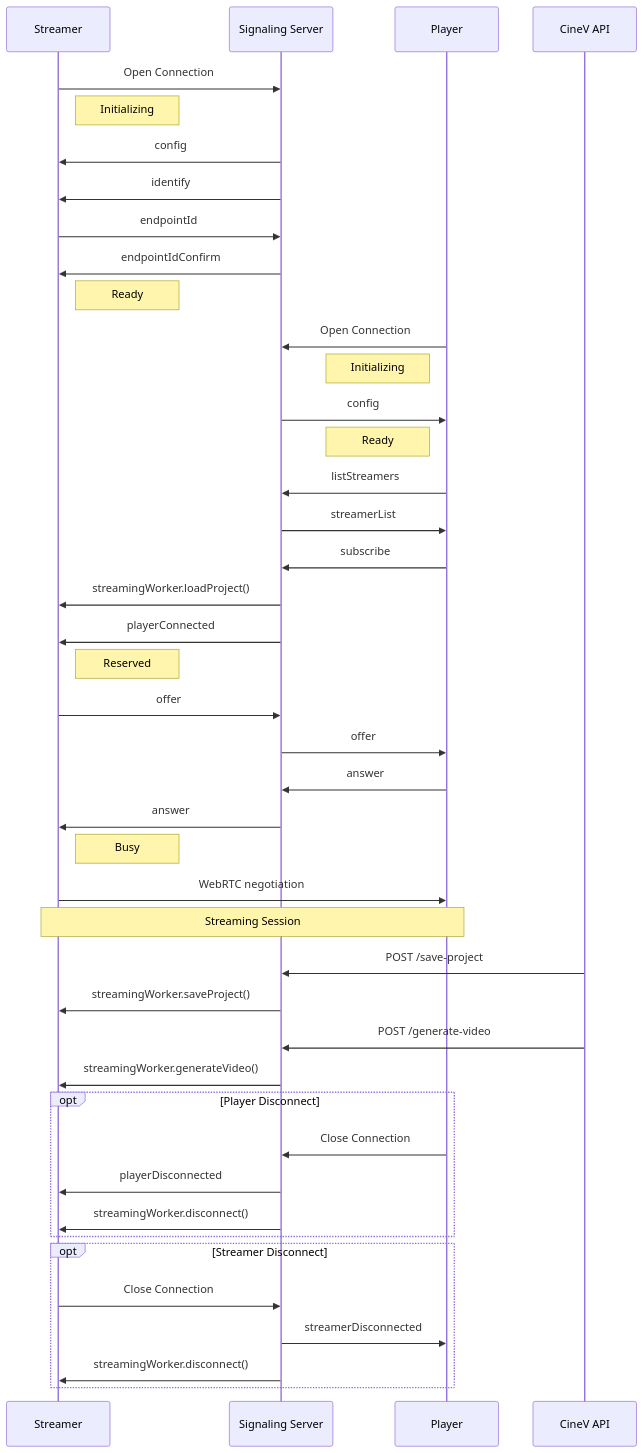
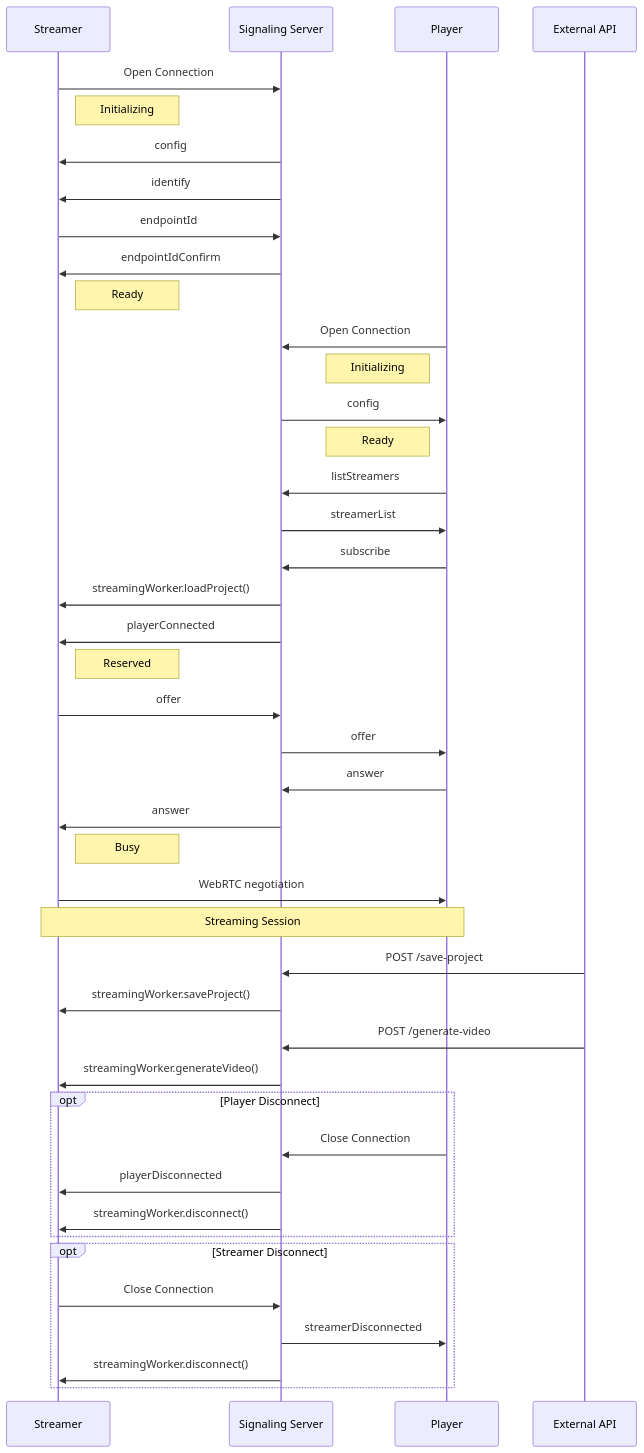
One commit to wokim/feature-dev-guide changed the first of 5 diagrams in readme-examples/README.md. Above: the diagram before and after it, drawn with Mermaid. The commit also changed other lines of this file, not shown here.

Commit message:
refactor: update README examples to reflect changes in cloud provider terminology and API interactions

````diff
--- a/readme-examples/README.md
+++ b/readme-examples/README.md
@@ -46,52 +46,52 @@
 ```mermaid
 sequenceDiagram
     participant Streamer
     participant Signalling as Signaling Server
     participant Player
-    participant api as CineV API
+    participant api as External API
 
     Streamer->>Signalling: Open Connection
     Note right of Streamer: Initializing
     Signalling->>Streamer: config
     Signalling->>Streamer: identify
     Streamer->>Signalling: endpointId
     Signalling->>Streamer: endpointIdConfirm
     Note right of Streamer: Ready
 
     Player->>Signalling: Open Connection
     Note left of Player: Initializing
     Signalling->>Player: config
     Note left of Player: Ready
 
     Player->>Signalling: listStreamers
     Signalling->>Player: streamerList
 
     Player->>Signalling: subscribe
     Signalling->>Streamer: streamingWorker.loadProject()
     Signalling->>Streamer: playerConnected
     Note right of Streamer: Reserved
     Streamer->>Signalling: offer
     Signalling->>Player: offer
     Player->>Signalling: answer
     Signalling->>Streamer: answer
     Note right of Streamer: Busy
 
     Streamer->>Player: WebRTC negotiation
     Note over Streamer, Player: Streaming Session
 
     api->>Signalling: POST /save-project
     Signalling->>Streamer: streamingWorker.saveProject()
     api->>Signalling: POST /generate-video
     Signalling->>Streamer: streamingWorker.generateVideo()
 
     opt Player Disconnect
         Player->>Signalling: Close Connection
         Signalling->>Streamer: playerDisconnected
         Signalling->>Streamer: streamingWorker.disconnect()
     end
     opt Streamer Disconnect
         Streamer->>Signalling: Close Connection
         Signalling->>Player: streamerDisconnected
         Signalling->>Streamer: streamingWorker.disconnect()
     end
 ```
````
